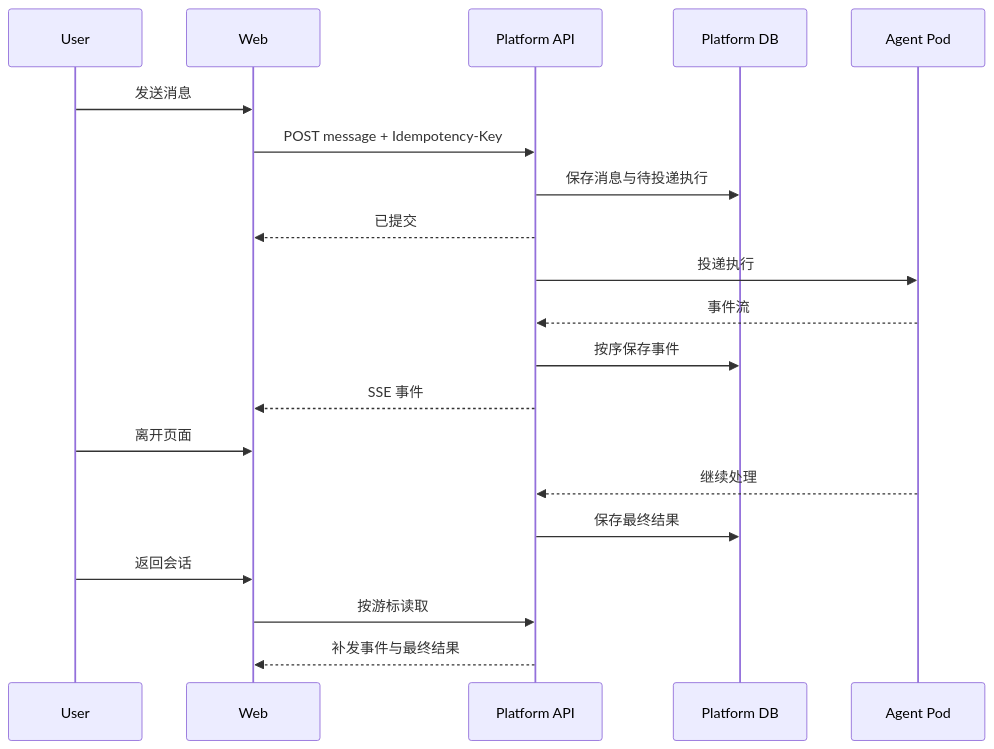
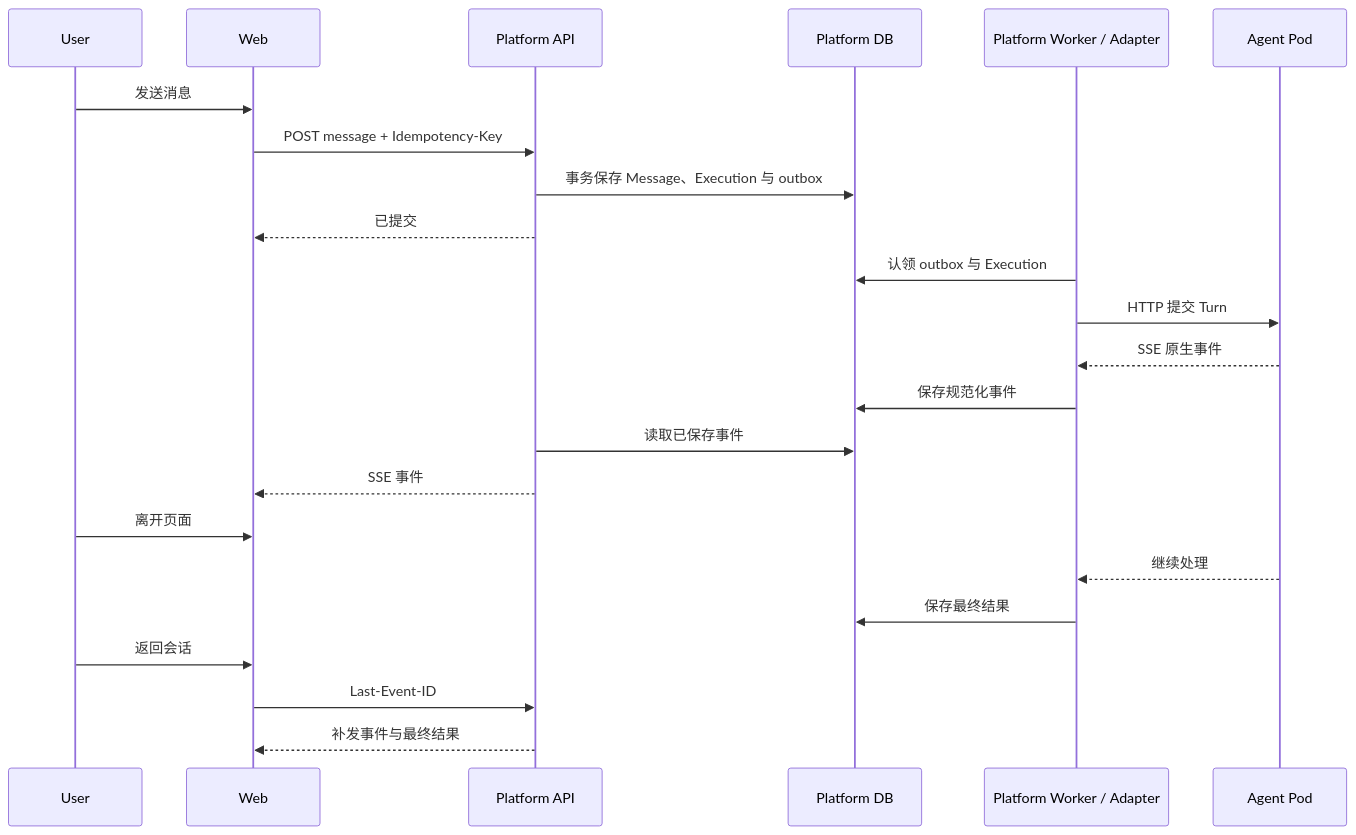
Before and after one commit to AgoraIO-Extensions/agent-infra: the second of 3 diagrams in docs/architecture/SPEC-agent-infra-M1-engineering-architecture.md, drawn with Mermaid. The commit also changed other lines of this file and 3 other files, not shown here.

Commit message:
docs: align M1 agent runtime architecture

````diff
--- a/docs/architecture/SPEC-agent-infra-M1-engineering-architecture.md
+++ b/docs/architecture/SPEC-agent-infra-M1-engineering-architecture.md
@@ -407,23 +418,26 @@
 ```mermaid
 sequenceDiagram
     participant U as User
     participant W as Web
     participant P as Platform API
     participant D as Platform DB
+    participant A as Platform Worker / Adapter
     participant R as Agent Pod
 
     U->>W: 发送消息
     W->>P: POST message + Idempotency-Key
-    P->>D: 保存消息与待投递执行
+    P->>D: 事务保存 Message、Execution 与 outbox
     P-->>W: 已提交
-    P->>R: 投递执行
-    R-->>P: 事件流
-    P->>D: 按序保存事件
+    A->>D: 认领 outbox 与 Execution
+    A->>R: HTTP 提交 Turn
+    R-->>A: SSE 原生事件
+    A->>D: 保存规范化事件
+    P->>D: 读取已保存事件
     P-->>W: SSE 事件
     U->>W: 离开页面
-    R-->>P: 继续处理
-    P->>D: 保存最终结果
+    R-->>A: 继续处理
+    A->>D: 保存最终结果
     U->>W: 返回会话
-    W->>P: 按游标读取
+    W->>P: Last-Event-ID
     P-->>W: 补发事件与最终结果
 ```
````
